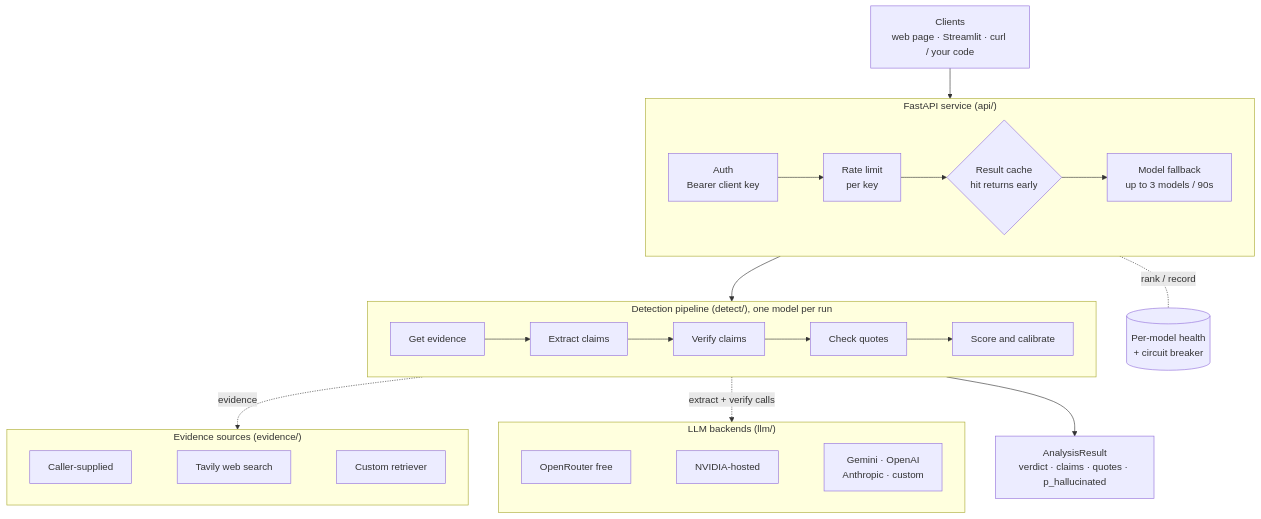
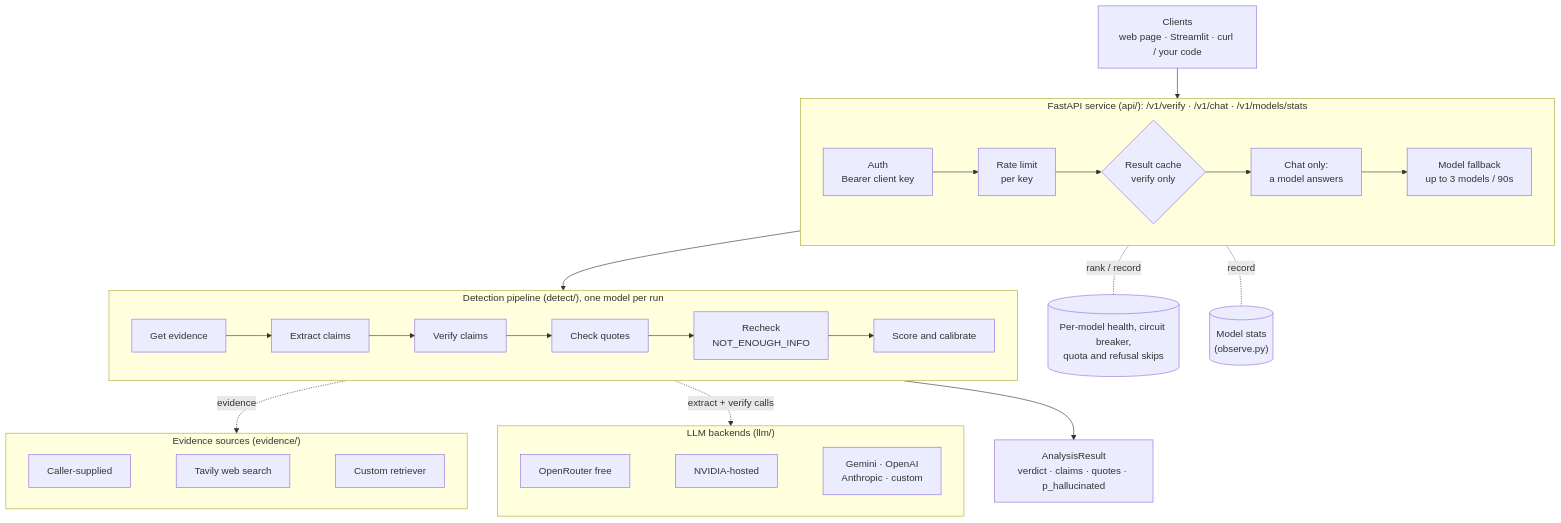
One commit to mohanmarimuthu1/HALLUCINATION-DETECTION changed the first of 2 diagrams in README.md. Above: the diagram before and after it, drawn with Mermaid. The commit also changed other lines of this file, not shown here.

Commit message:
Bring the README diagrams and testing notes up to date

````diff
--- a/README.md
+++ b/README.md
@@ -113,34 +113,36 @@
 ```mermaid
 flowchart TB
     C["Clients<br/>web page · Streamlit · curl / your code"]
 
-    subgraph API["FastAPI service (api/)"]
+    subgraph API["FastAPI service (api/): /v1/verify · /v1/chat · /v1/models/stats"]
         direction LR
-        A["Auth<br/>Bearer client key"] --> R["Rate limit<br/>per key"] --> K{"Result cache<br/>hit returns early"} --> F["Model fallback<br/>up to 3 models / 90s"]
+        A["Auth<br/>Bearer client key"] --> R["Rate limit<br/>per key"] --> K{"Result cache<br/>verify only"} --> AN["Chat only:<br/>a model answers"] --> F["Model fallback<br/>up to 3 models / 90s"]
     end
 
     subgraph Pipeline["Detection pipeline (detect/), one model per run"]
         direction LR
-        E["Get evidence"] --> X["Extract claims"] --> V["Verify claims"] --> Q["Check quotes"] --> Z["Score and calibrate"]
+        E["Get evidence"] --> X["Extract claims"] --> V["Verify claims"] --> Q["Check quotes"] --> RC["Recheck<br/>NOT_ENOUGH_INFO"] --> Z["Score and calibrate"]
     end
 
     subgraph Evidence["Evidence sources (evidence/)"]
         direction LR
         D["Caller-supplied"] ~~~ T["Tavily web search"] ~~~ U["Custom retriever"]
     end
 
     subgraph Models["LLM backends (llm/)"]
         direction LR
         OR["OpenRouter free"] ~~~ NV["NVIDIA-hosted"] ~~~ BY["Gemini · OpenAI<br/>Anthropic · custom"]
     end
 
-    H[("Per-model health<br/>+ circuit breaker")]
+    H[("Per-model health, circuit breaker,<br/>quota and refusal skips")]
+    S[("Model stats<br/>(observe.py)")]
     OUT["AnalysisResult<br/>verdict · claims · quotes · p_hallucinated"]
 
     C --> API
     API -. "rank / record" .- H
+    API -. "record" .- S
     API --> Pipeline
     Pipeline -. "evidence" .-> Evidence
     Pipeline -. "extract + verify calls" .-> Models
     Pipeline --> OUT
 ```
````
